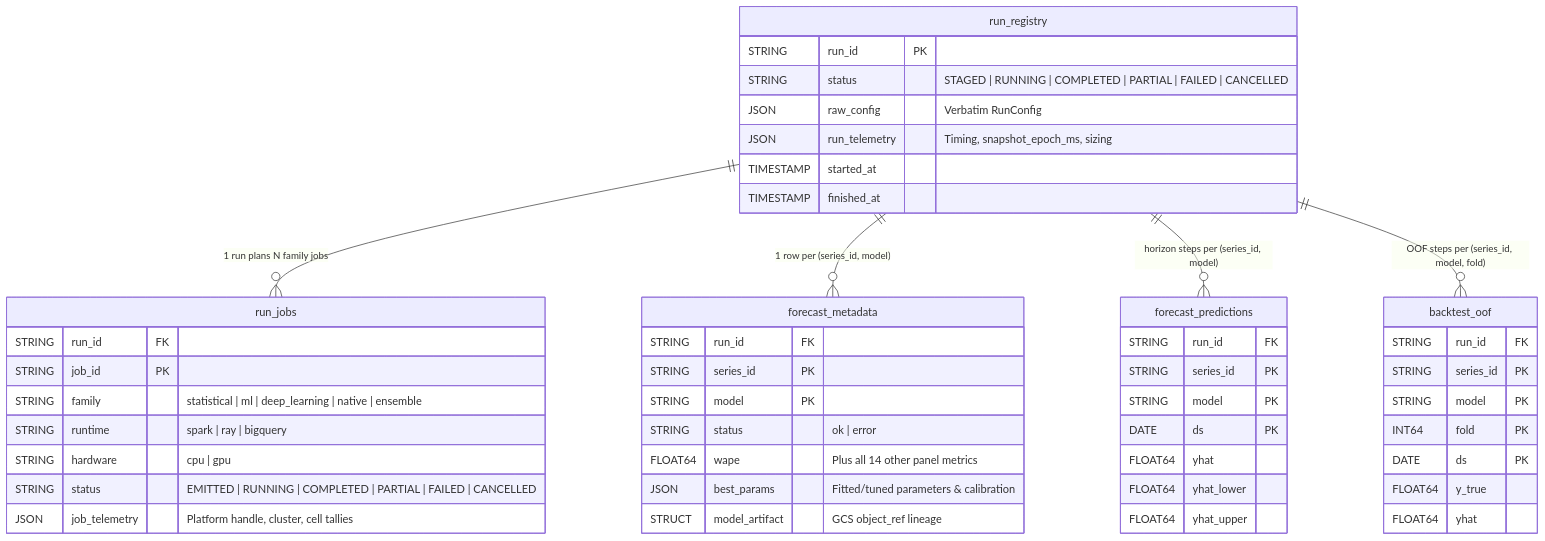
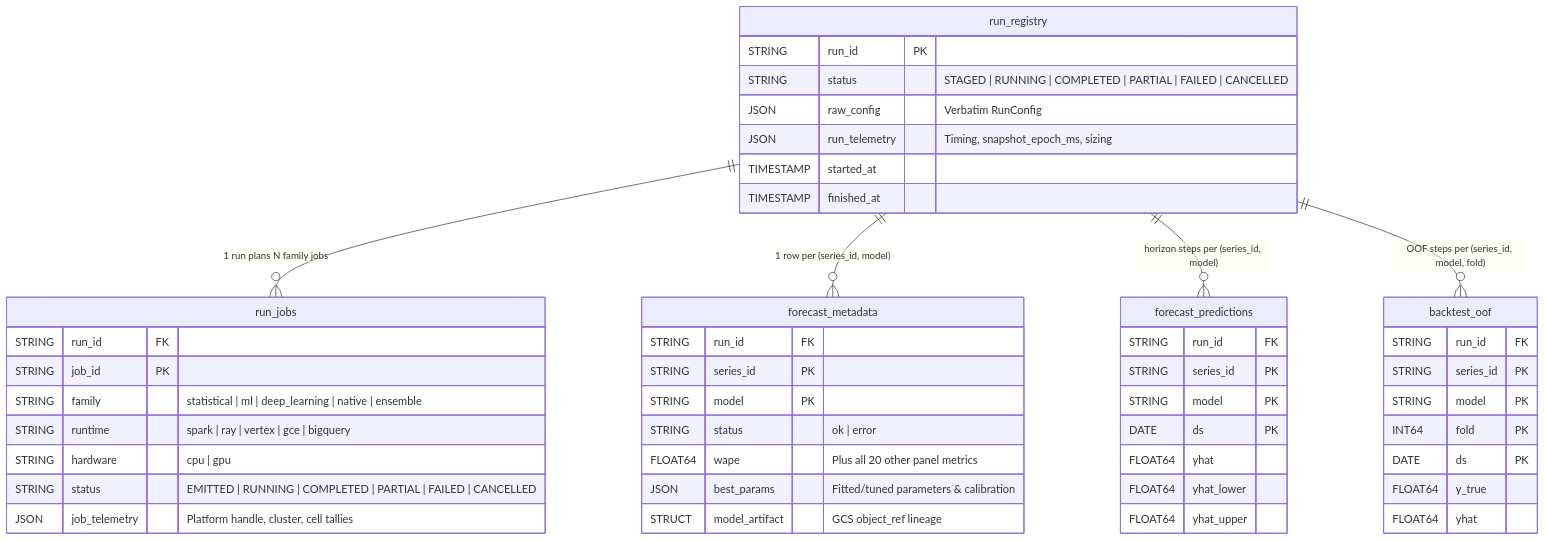
One commit to statmike/scale-forecasting changed the diagram in src/scale_forecasting/registry/README.md. Above: the diagram before and after it, drawn with Mermaid. The commit also changed other lines of this file and 69 other files, not shown here.

First line of the commit message:
feat(compute): add vertex and gce runtimes, unified compute params, GPU-VM catalog, and AGENTS.md

````diff
--- a/src/scale_forecasting/registry/README.md
+++ b/src/scale_forecasting/registry/README.md
@@ -5,52 +5,52 @@
 ```mermaid
 erDiagram
     run_registry ||--o{ run_jobs : "1 run plans N family jobs"
     run_registry ||--o{ forecast_metadata : "1 row per (series_id, model)"
     run_registry ||--o{ forecast_predictions : "horizon steps per (series_id, model)"
     run_registry ||--o{ backtest_oof : "OOF steps per (series_id, model, fold)"
 
     run_registry {
         STRING run_id PK
         STRING status "STAGED | RUNNING | COMPLETED | PARTIAL | FAILED | CANCELLED"
         JSON raw_config "Verbatim RunConfig"
         JSON run_telemetry "Timing, snapshot_epoch_ms, sizing"
         TIMESTAMP started_at
         TIMESTAMP finished_at
     }
     run_jobs {
         STRING run_id FK
         STRING job_id PK
         STRING family "statistical | ml | deep_learning | native | ensemble"
-        STRING runtime "spark | ray | bigquery"
+        STRING runtime "spark | ray | vertex | gce | bigquery"
         STRING hardware "cpu | gpu"
         STRING status "EMITTED | RUNNING | COMPLETED | PARTIAL | FAILED | CANCELLED"
         JSON job_telemetry "Platform handle, cluster, cell tallies"
     }
     forecast_metadata {
         STRING run_id FK
         STRING series_id PK
         STRING model PK
         STRING status "ok | error"
-        FLOAT64 wape "Plus all 14 other panel metrics"
+        FLOAT64 wape "Plus all 20 other panel metrics"
         JSON best_params "Fitted/tuned parameters & calibration"
         STRUCT model_artifact "GCS object_ref lineage"
     }
     forecast_predictions {
         STRING run_id FK
         STRING series_id PK
         STRING model PK
         DATE ds PK
         FLOAT64 yhat
         FLOAT64 yhat_lower
         FLOAT64 yhat_upper
     }
     backtest_oof {
         STRING run_id FK
         STRING series_id PK
         STRING model PK
         INT64 fold PK
         DATE ds PK
         FLOAT64 y_true
         FLOAT64 yhat
     }
 ```
````
